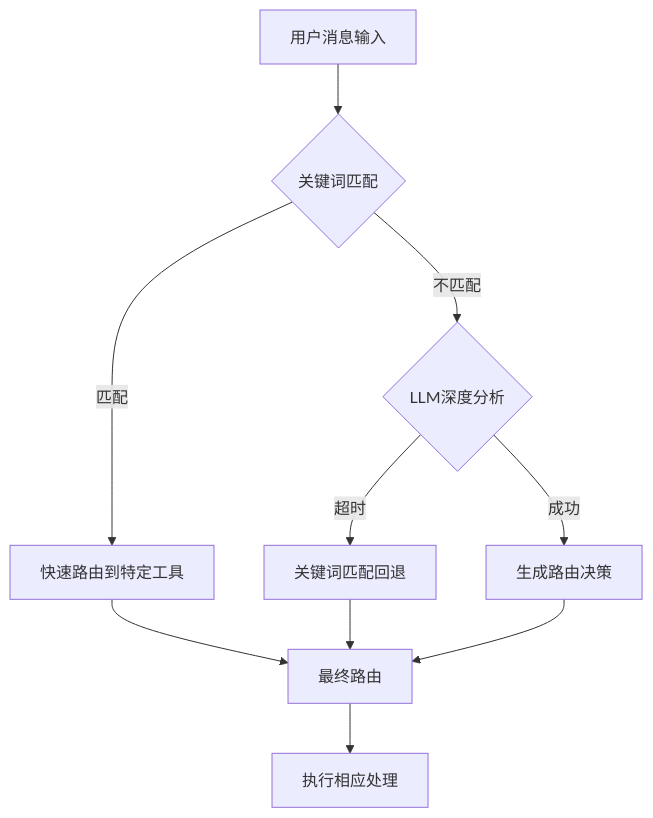
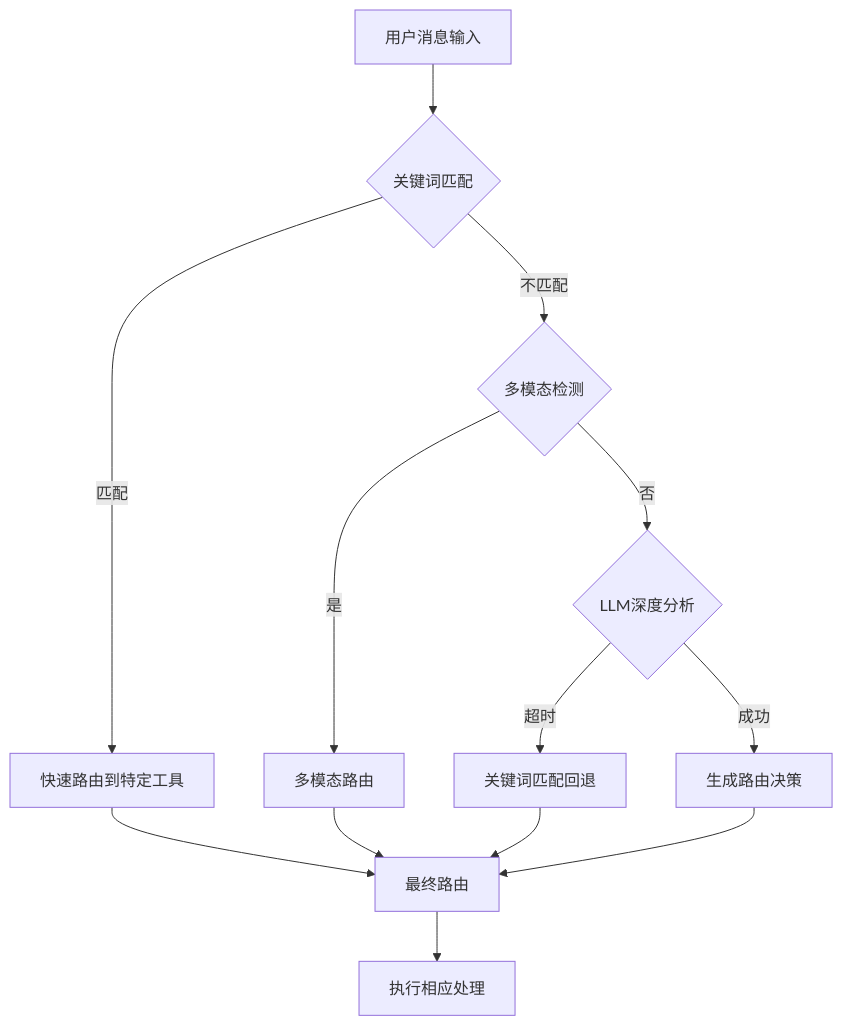
One commit to laohanhahaha/PaperChat changed the second of 10 diagrams in .qoder/repowiki/zh/content/后端系统/统一处理器系统.md. Above: the diagram before and after it, drawn with Mermaid. The commit also changed other lines of this file and 185 other files, not shown here.

````diff
--- a/.qoder/repowiki/zh/content/后端系统/统一处理器系统.md
+++ b/.qoder/repowiki/zh/content/后端系统/统一处理器系统.md
@@ -101,12 +133,15 @@
 ```mermaid
 flowchart TD
 Input[用户消息输入] --> KeywordCheck{关键词匹配}
 KeywordCheck --> |匹配| QuickRoute[快速路由到特定工具]
-KeywordCheck --> |不匹配| LLMCheck{LLM深度分析}
+KeywordCheck --> |不匹配| MultimodalCheck{多模态检测}
+MultimodalCheck --> |是| MultimodalRoute[多模态路由]
+MultimodalCheck --> |否| LLMCheck{LLM深度分析}
 LLMCheck --> |成功| RouteDecision[生成路由决策]
 LLMCheck --> |超时| Fallback[关键词匹配回退]
 QuickRoute --> FinalRoute[最终路由]
+MultimodalRoute --> FinalRoute
 Fallback --> FinalRoute
 RouteDecision --> FinalRoute
 FinalRoute --> Process[执行相应处理]
 ```
````
